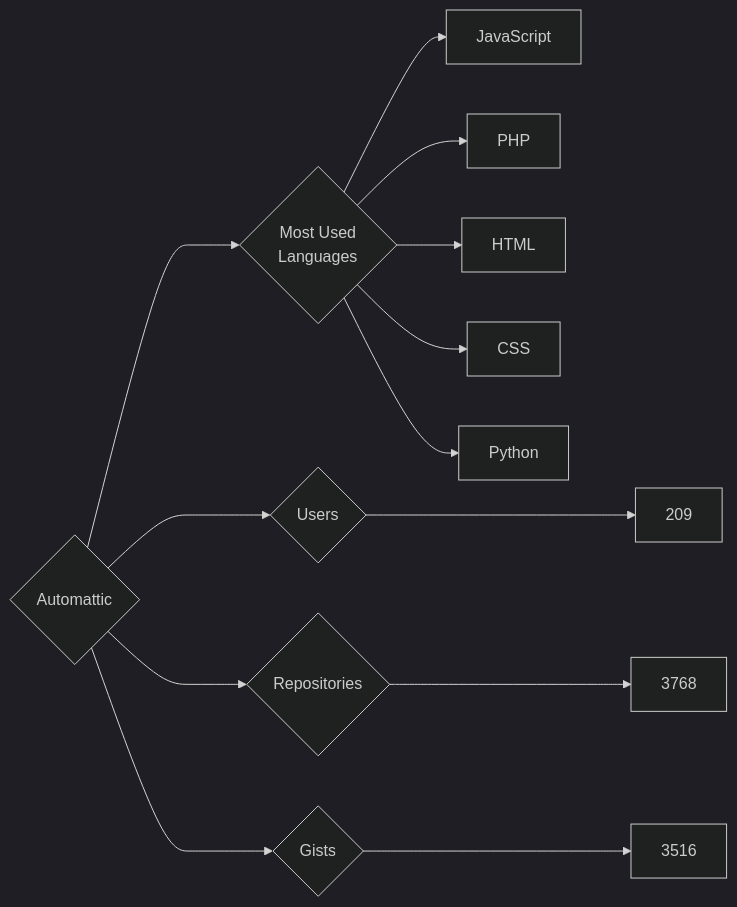
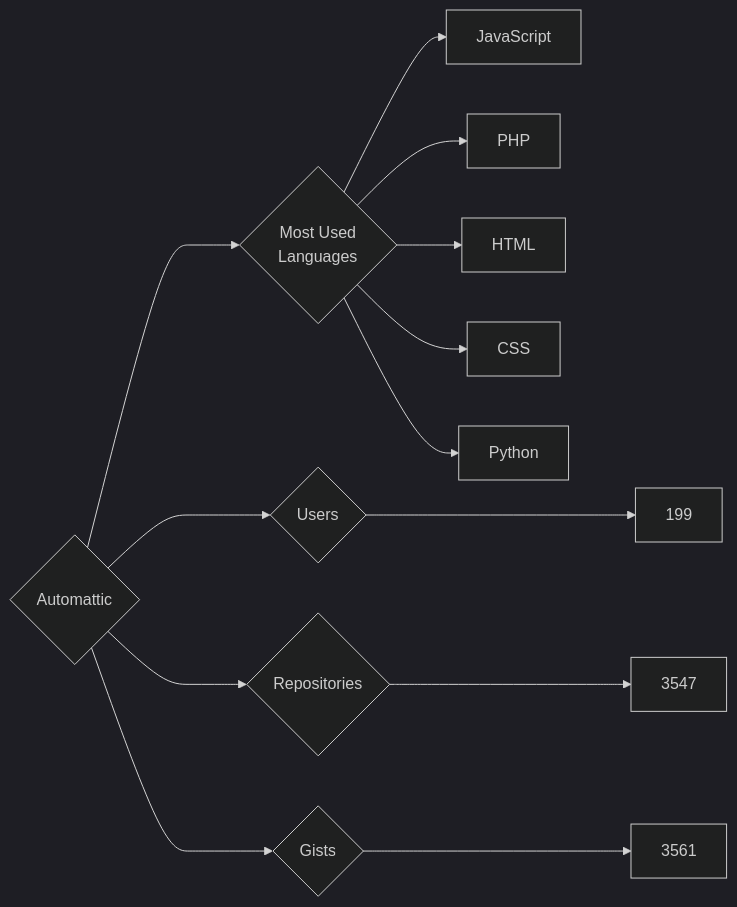
The diagram in targets/Automattic/README.md (trickest/insiders), drawn with Mermaid (dark theme) before and after one commit. The commit also changed 882 other files, not shown here.

````diff
--- a/targets/Automattic/README.md
+++ b/targets/Automattic/README.md
@@ -3,13 +3,13 @@
 ```mermaid
 graph LR
 COMPANY_NAME{Automattic}
-COMPANY_NAME ---> U{Users} ---> UN[209]
-COMPANY_NAME ---> R{Repositories} ---> RN[3768]
-COMPANY_NAME ---> G{Gists} ---> GN[3516]
+COMPANY_NAME ---> U{Users} ---> UN[199]
+COMPANY_NAME ---> R{Repositories} ---> RN[3547]
+COMPANY_NAME ---> G{Gists} ---> GN[3561]
 COMPANY_NAME ---> ML{Most Used<br>Languages}
 ML --> JavaScript[JavaScript]
 ML --> PHP[PHP]
 ML --> HTML[HTML]
 ML --> CSS[CSS]
 ML --> Python[Python]
 ```
````
